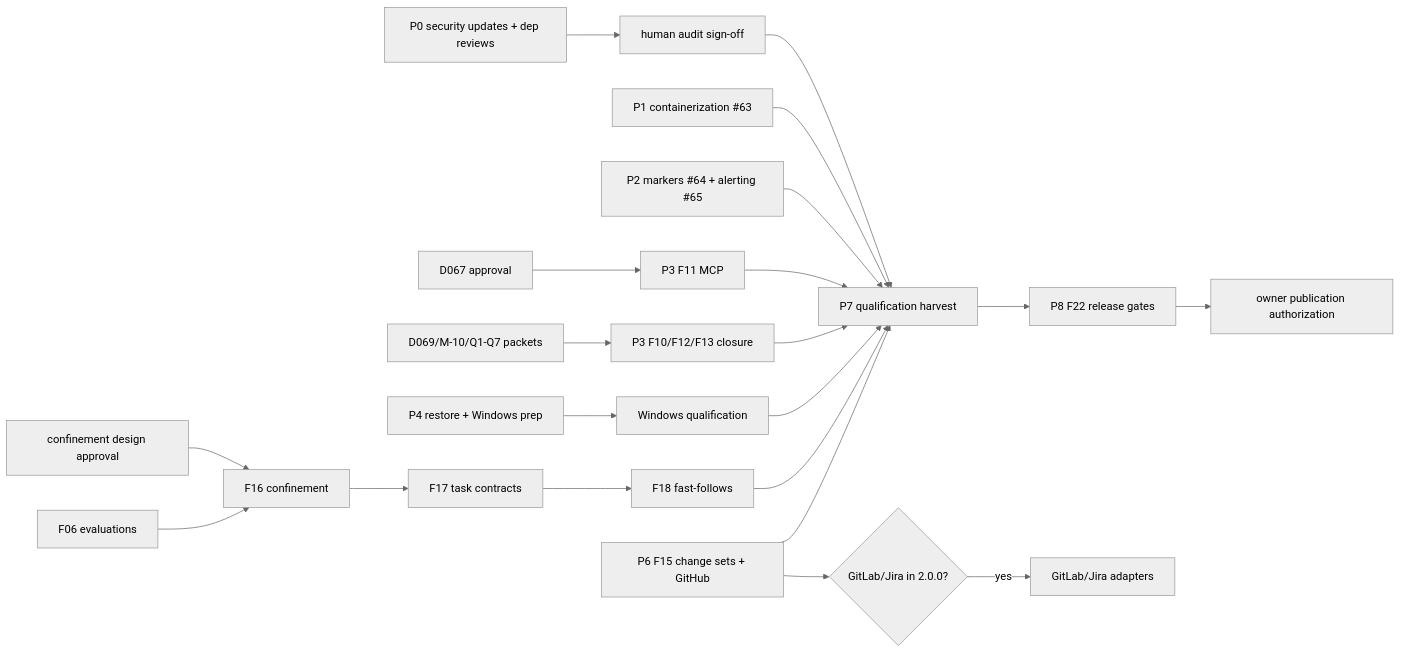
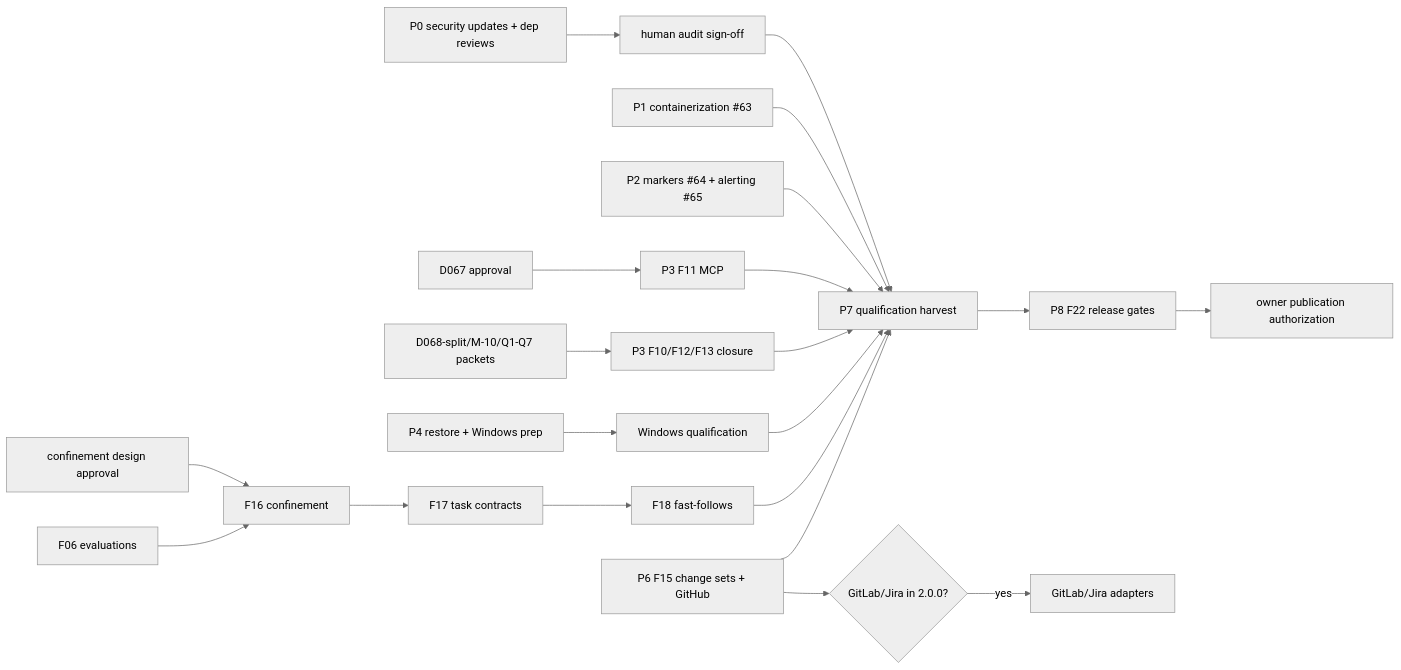
The diagram in docs/plans/2026-11-12-remaining-work-completion-plan.md (policy-forge/forge), drawn with Mermaid (neutral theme) before and after one commit. The commit also changed other lines of this file and 1 other file, not shown here.

````diff
--- a/docs/plans/2026-11-12-remaining-work-completion-plan.md
+++ b/docs/plans/2026-11-12-remaining-work-completion-plan.md
@@ -303,22 +308,22 @@
 ```mermaid
 graph LR
   P0[P0 security updates + dep reviews] --> AUDIT[human audit sign-off]
   P1[P1 containerization #63] --> P7
   P2[P2 markers #64 + alerting #65] --> P7
   D067[D067 approval] --> P3a[P3 F11 MCP]
-  PACKETS[D069/M-10/Q1-Q7 packets] --> P3b[P3 F10/F12/F13 closure]
+  PACKETS[D068-split/M-10/Q1-Q7 packets] --> P3b[P3 F10/F12/F13 closure]
   P4[P4 restore + Windows prep] --> WIN[Windows qualification]
   F06E[F06 evaluations] --> P16[F16 confinement]
   D16[confinement design approval] --> P16
   P16 --> P17[F17 task contracts] --> P18[F18 fast-follows]
   P6[P6 F15 change sets + GitHub] --> SCOPE{GitLab/Jira in 2.0.0?}
   SCOPE -->|yes| GLJ[GitLab/Jira adapters]
   P3a --> P7[P7 qualification harvest]
   P3b --> P7
   P18 --> P7
   P6 --> P7
   WIN --> P7
   AUDIT --> P7
   P7 --> P8[P8 F22 release gates]
   P8 --> OWNER[owner publication authorization]
 ```
````
